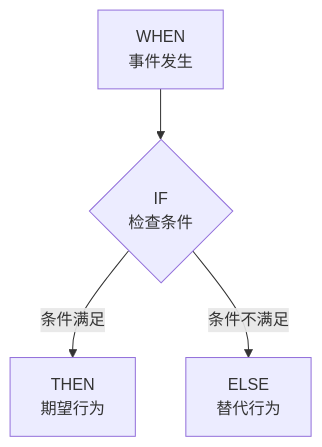
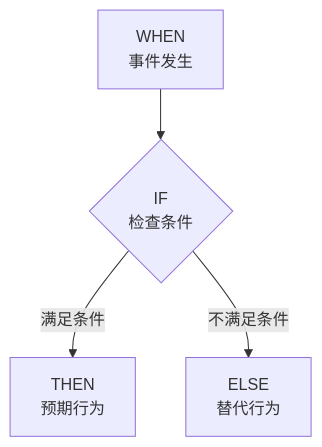
The third of 5 diagrams in docs-site/content/zh/core-concepts/spec-based-dev.md (modu-ai/moai-adk), drawn with Mermaid before and after one commit. The commit also changed other lines of this file and 395 other files, not shown here.

````diff
--- a/docs-site/content/zh/core-concepts/spec-based-dev.md
+++ b/docs-site/content/zh/core-concepts/spec-based-dev.md
@@ -121,6 +121,6 @@
 ```mermaid
 flowchart TD
     A["WHEN\n事件发生"] --> B{"IF\n检查条件"}
-    B -->|条件满足| C["THEN\n期望行为"]
-    B -->|条件不满足| D["ELSE\n替代行为"]
+    B -->|满足条件| C["THEN\n预期行为"]
+    B -->|不满足条件| D["ELSE\n替代行为"]
 ```
````
